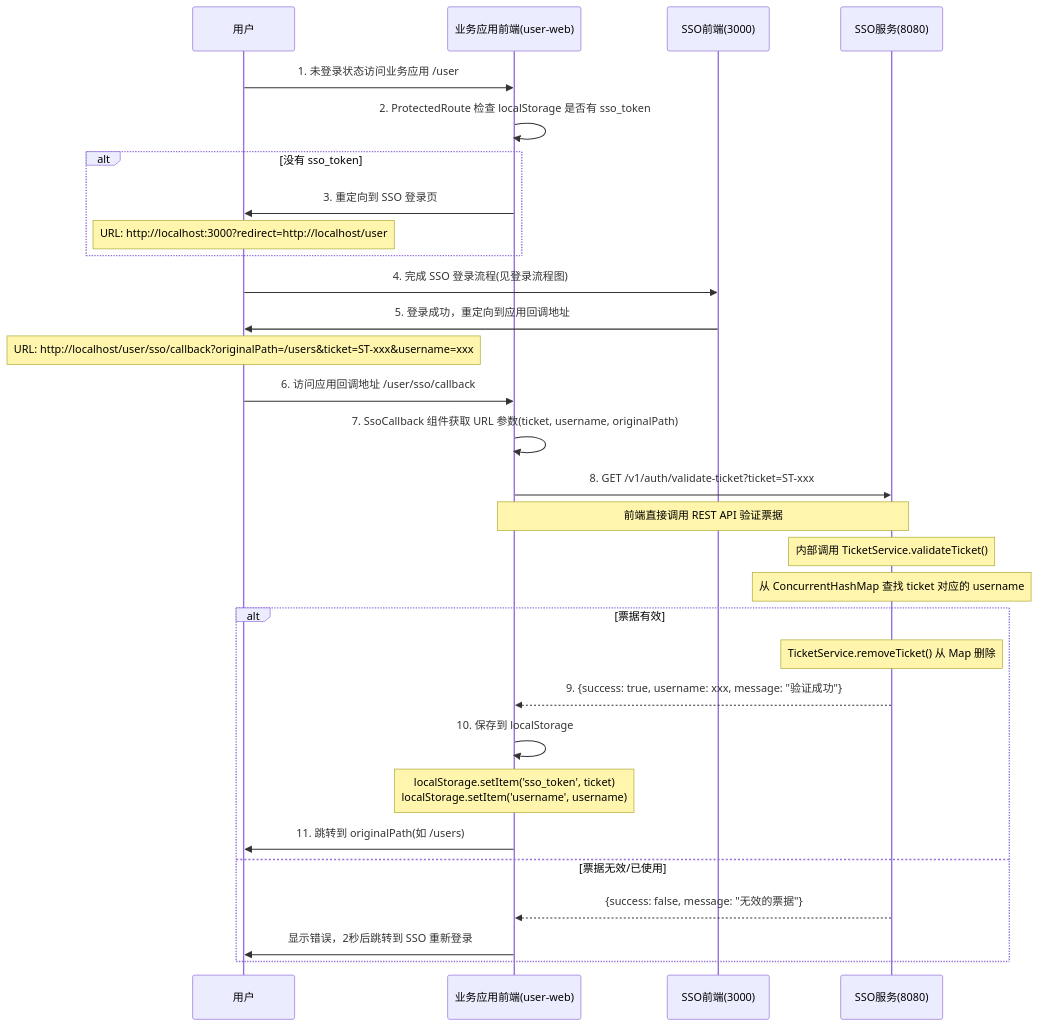
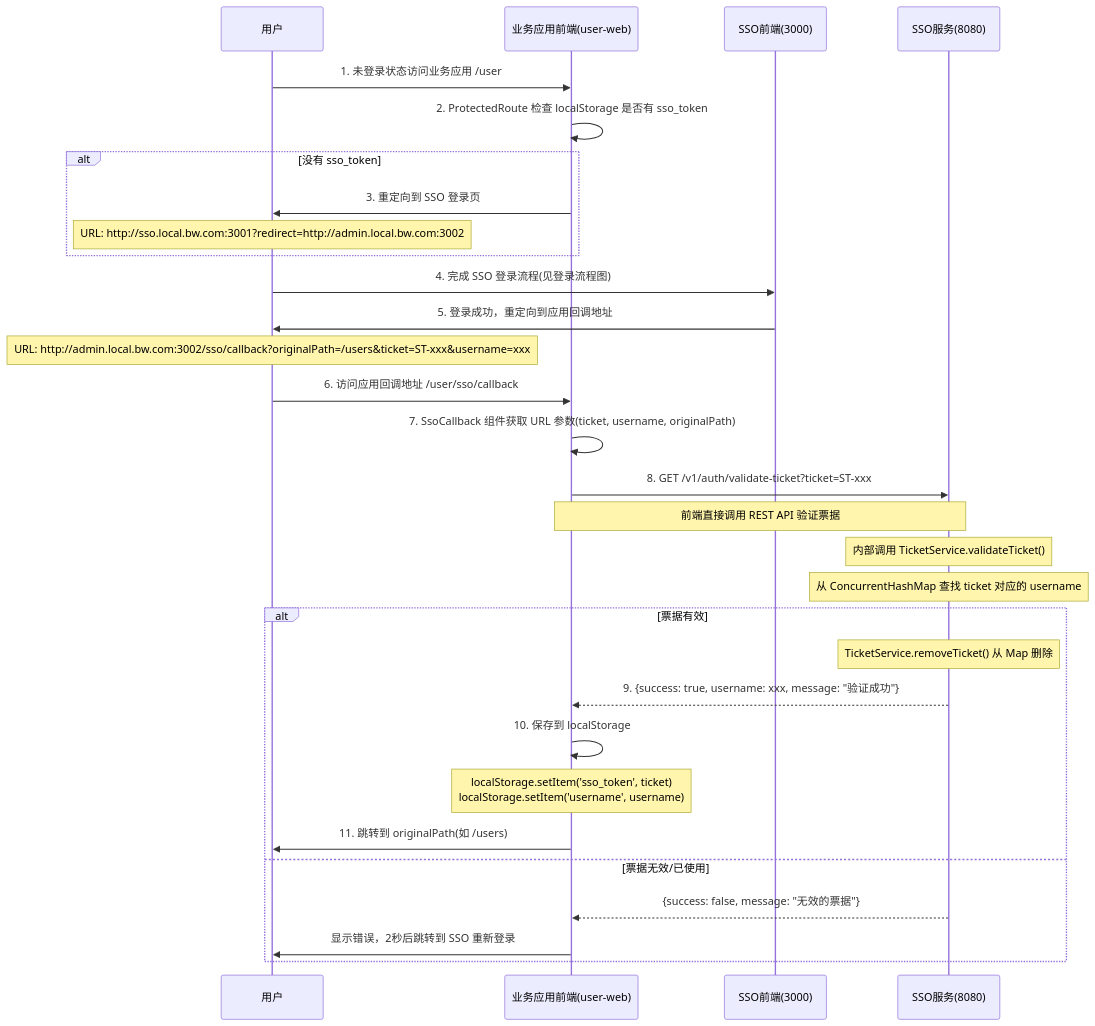
Diagram 11 of 13 in docs/BUSINESS_FLOW.md (wb31105/zqzl-traecn), drawn with Mermaid before and after one commit. The commit also changed other lines of this file and 13 other files, not shown here.

````diff
--- a/docs/BUSINESS_FLOW.md
+++ b/docs/BUSINESS_FLOW.md
@@ -932,38 +932,38 @@
 ```mermaid
 sequenceDiagram
     participant User as 用户
     participant App_Web as 业务应用前端(user-web)
     participant SSO_Web as SSO前端(3000)
     participant SSO_Server as SSO服务(8080)
 
     User->>App_Web: 1. 未登录状态访问业务应用 /user
     App_Web->>App_Web: 2. ProtectedRoute 检查 localStorage 是否有 sso_token
     alt 没有 sso_token
         App_Web->>User: 3. 重定向到 SSO 登录页
-        Note over User: URL: http://localhost:3000?redirect=http://localhost/user
+        Note over User: URL: http://sso.local.bw.com:3001?redirect=http://admin.local.bw.com:3002
     end
     
     User->>SSO_Web: 4. 完成 SSO 登录流程(见登录流程图)
     SSO_Web->>User: 5. 登录成功，重定向到应用回调地址
-    Note over User: URL: http://localhost/user/sso/callback?originalPath=/users&ticket=ST-xxx&username=xxx
+    Note over User: URL: http://admin.local.bw.com:3002/sso/callback?originalPath=/users&ticket=ST-xxx&username=xxx
     
     User->>App_Web: 6. 访问应用回调地址 /user/sso/callback
     App_Web->>App_Web: 7. SsoCallback 组件获取 URL 参数(ticket, username, originalPath)
     
     App_Web->>SSO_Server: 8. GET /v1/auth/validate-ticket?ticket=ST-xxx
     Note over App_Web,SSO_Server: 前端直接调用 REST API 验证票据
     
     Note over SSO_Server: 内部调用 TicketService.validateTicket()
     Note over SSO_Server: 从 ConcurrentHashMap 查找 ticket 对应的 username
     
     alt 票据有效
         Note over SSO_Server: TicketService.removeTicket() 从 Map 删除
         SSO_Server-->>App_Web: 9. {success: true, username: xxx, message: "验证成功"}
         App_Web->>App_Web: 10. 保存到 localStorage
         Note over App_Web: localStorage.setItem('sso_token', ticket)<br>localStorage.setItem('username', username)
         App_Web->>User: 11. 跳转到 originalPath(如 /users)
     else 票据无效/已使用
         SSO_Server-->>App_Web: {success: false, message: "无效的票据"}
         App_Web->>User: 显示错误，2秒后跳转到 SSO 重新登录
     end
 ```
````
